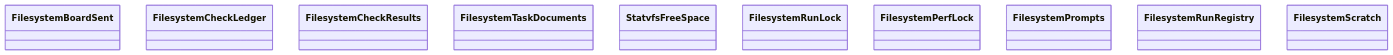
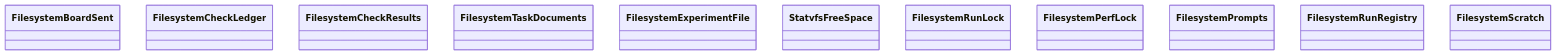
Before and after one commit to GonzaloZevallos/agentic-system: the diagram in docs/architecture/generated/classes-process-adapters-filesystem.md, drawn with Mermaid. The commit also changed 7 other files, not shown here.

Commit message:
Regenerate the architecture docs for the experiment port and the launch arm

````diff
--- a/docs/architecture/generated/classes-process-adapters-filesystem.md
+++ b/docs/architecture/generated/classes-process-adapters-filesystem.md
@@ -11,13 +11,14 @@
 ```mermaid
 classDiagram
     class filesystem__board_sent__FilesystemBoardSent["FilesystemBoardSent"]
     class filesystem__check_ledger__FilesystemCheckLedger["FilesystemCheckLedger"]
     class filesystem__check_results__FilesystemCheckResults["FilesystemCheckResults"]
     class filesystem__documents__FilesystemTaskDocuments["FilesystemTaskDocuments"]
+    class filesystem__experiment_file__FilesystemExperimentFile["FilesystemExperimentFile"]
     class filesystem__free_space__StatvfsFreeSpace["StatvfsFreeSpace"]
     class filesystem__lock__FilesystemRunLock["FilesystemRunLock"]
     class filesystem__perf_lock__FilesystemPerfLock["FilesystemPerfLock"]
     class filesystem__prompts__FilesystemPrompts["FilesystemPrompts"]
     class filesystem__run_registry__FilesystemRunRegistry["FilesystemRunRegistry"]
     class filesystem__scratch__FilesystemScratch["FilesystemScratch"]
 ```
````
